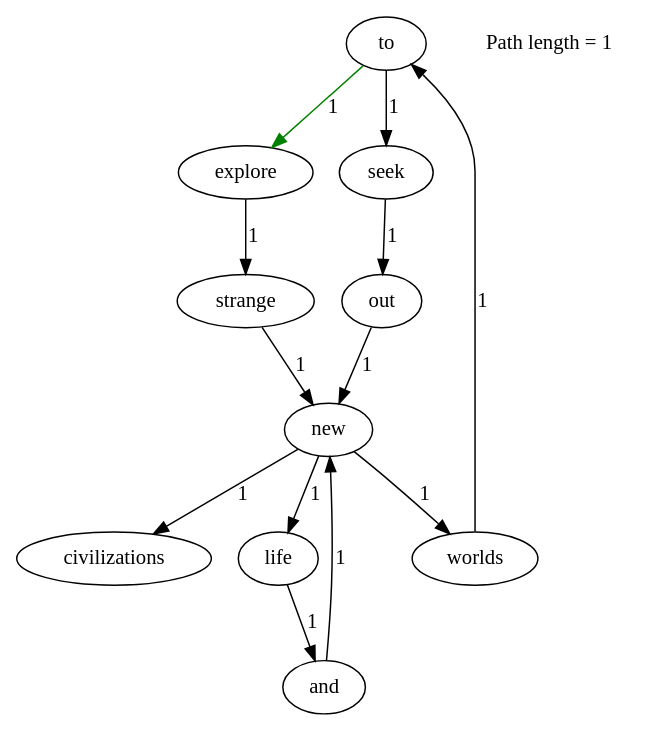
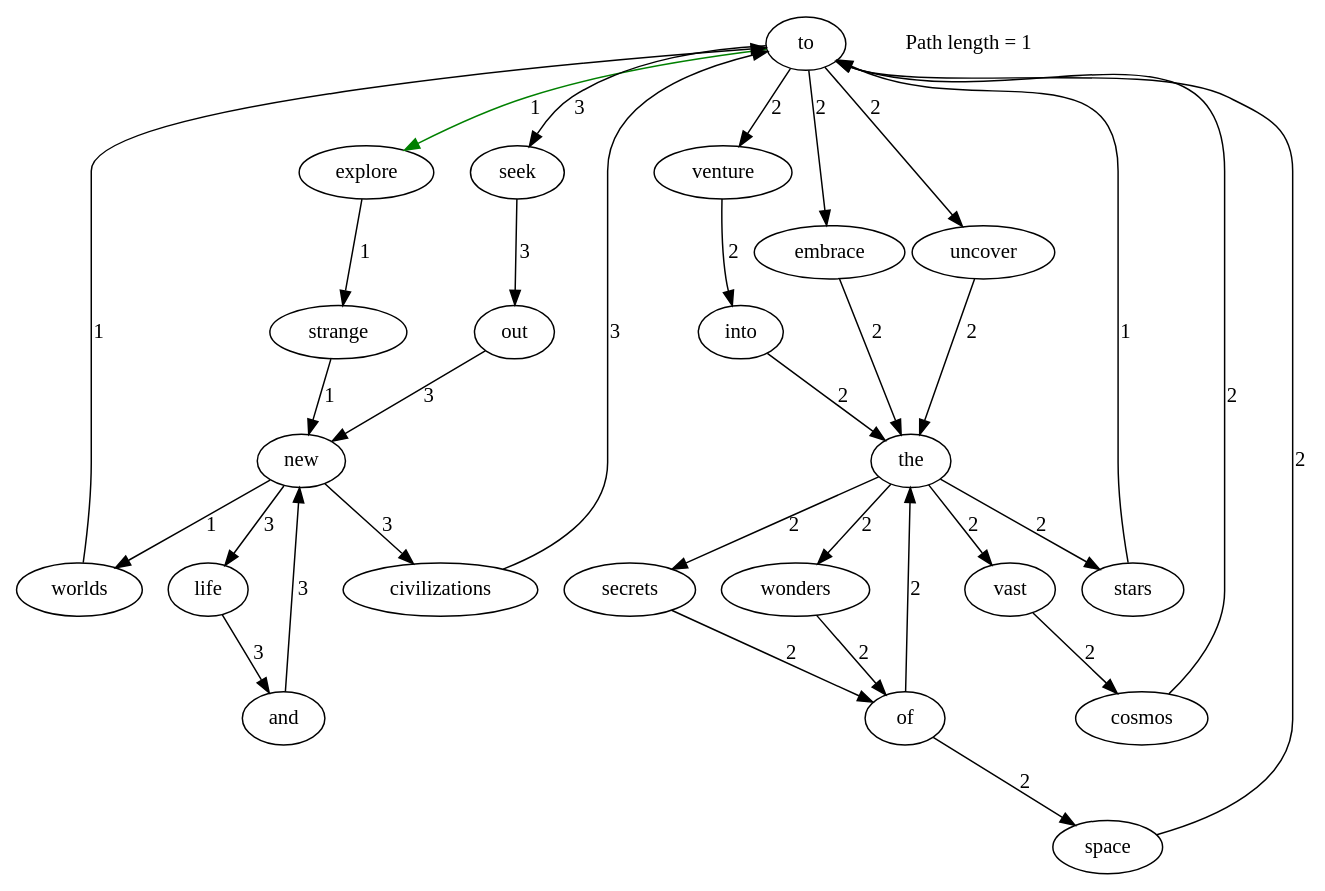
Before and after one commit to vic-yichen/Lab1-2021110640: the diagram in out/text/shortest_path_to_to_explore.dot, drawn with Graphviz. The commit also changed 22 other files, not shown here.

```diff
--- a/out/text/shortest_path_to_to_explore.dot
+++ b/out/text/shortest_path_to_to_explore.dot
@@ -1,16 +1,36 @@
 digraph G {
     "to" [root=true];
     "new" -> "worlds" [label="1"];
-    "new" -> "civilizations" [label="1"];
-    "new" -> "life" [label="1"];
+    "new" -> "civilizations" [label="3"];
+    "new" -> "life" [label="3"];
     "worlds" -> "to" [label="1"];
     "explore" -> "strange" [label="1"];
-    "and" -> "new" [label="1"];
+    "embrace" -> "the" [label="2"];
+    "cosmos" -> "to" [label="2"];
+    "uncover" -> "the" [label="2"];
+    "stars" -> "to" [label="1"];
+    "seek" -> "out" [label="3"];
+    "secrets" -> "of" [label="2"];
+    "strange" -> "new" [label="1"];
+    "life" -> "and" [label="3"];
+    "venture" -> "into" [label="2"];
+    "space" -> "to" [label="2"];
+    "out" -> "new" [label="3"];
+    "the" -> "wonders" [label="2"];
+    "the" -> "vast" [label="2"];
+    "the" -> "stars" [label="2"];
+    "the" -> "secrets" [label="2"];
+    "into" -> "the" [label="2"];
+    "wonders" -> "of" [label="2"];
+    "and" -> "new" [label="3"];
+    "of" -> "the" [label="2"];
+    "of" -> "space" [label="2"];
     "to" -> "explore" [label="1", color="green"];
-    "to" -> "seek" [label="1"];
-    "seek" -> "out" [label="1"];
-    "strange" -> "new" [label="1"];
-    "life" -> "and" [label="1"];
-    "out" -> "new" [label="1"];
+    "to" -> "embrace" [label="2"];
+    "to" -> "uncover" [label="2"];
+    "to" -> "seek" [label="3"];
+    "to" -> "venture" [label="2"];
+    "vast" -> "cosmos" [label="2"];
+    "civilizations" -> "to" [label="3"];
     "Path length = 1" [label="Path length = 1", color="black", shape=none];
 }
```
